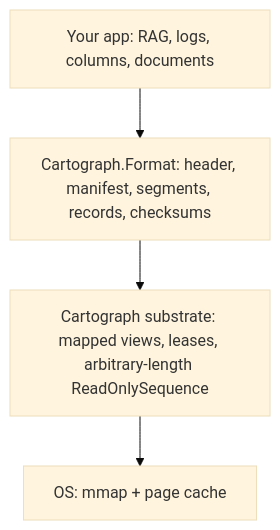
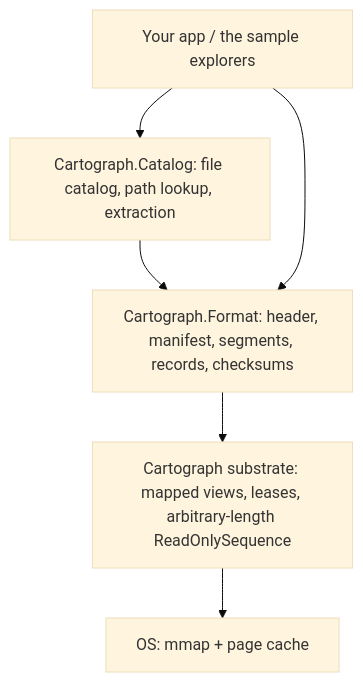
One commit to angelhernandezm/Cartograph changed the diagram in README.md. Above: the diagram before and after it, drawn with Mermaid (base theme). The commit also changed other lines of this file and 4 other files, not shown here.

````diff
--- a/README.md
+++ b/README.md
@@ -123,7 +150,9 @@
 ```mermaid
 flowchart TD
-    A["Your app: RAG, logs, columns, documents"] --> F
+    A["Your app / the sample explorers"] --> C
+    C["Cartograph.Catalog: file catalog, path lookup, extraction"] --> F
+    A --> F
     F["Cartograph.Format: header, manifest, segments, records, checksums"] --> S
     S["Cartograph substrate: mapped views, leases, arbitrary-length ReadOnlySequence"] --> OS
     OS["OS: mmap + page cache"]
 ```
````
